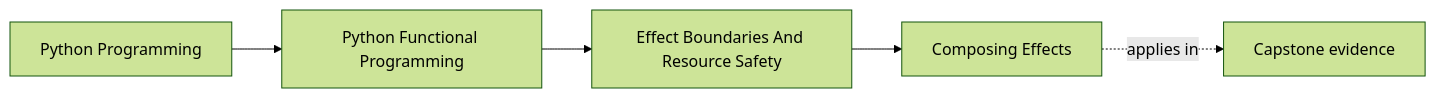
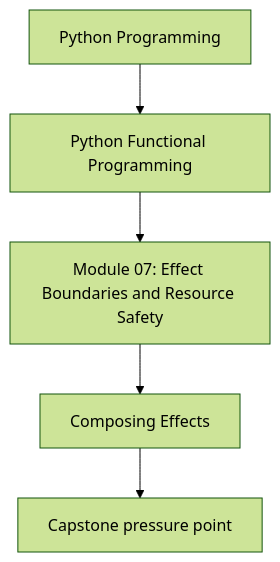
One commit to bijux/bijux-masterclass changed the first of 2 diagrams in programs/python-programming/python-functional-programming/course-book/module-07-effect-boundaries-and-resource-safety/composing-effects.md. Above: the diagram before and after it, drawn with Mermaid (forest theme). The commit also changed other lines of this file and 118 other files, not shown here.

Commit message:
docs(python-functional-programming): align concept page diagrams

````diff
--- a/programs/python-programming/python-functional-programming/course-book/module-07-effect-boundaries-and-resource-safety/composing-effects.md
+++ b/programs/python-programming/python-functional-programming/course-book/module-07-effect-boundaries-and-resource-safety/composing-effects.md
@@ -7,11 +7,7 @@
 ```mermaid
-graph LR
-  family["Python Programming"]
-  program["Python Functional Programming"]
-  section["Effect Boundaries And Resource Safety"]
-  page["Composing Effects"]
-  capstone["Capstone evidence"]
-
-  family --> program --> section --> page
-  page -.applies in.-> capstone
+flowchart TD
+  family["Python Programming"] --> program["Python Functional Programming"]
+  program --> module["Module 07: Effect Boundaries and Resource Safety"]
+  module --> concept["Composing Effects"]
+  concept --> capstone["Capstone pressure point"]
 ```
````
